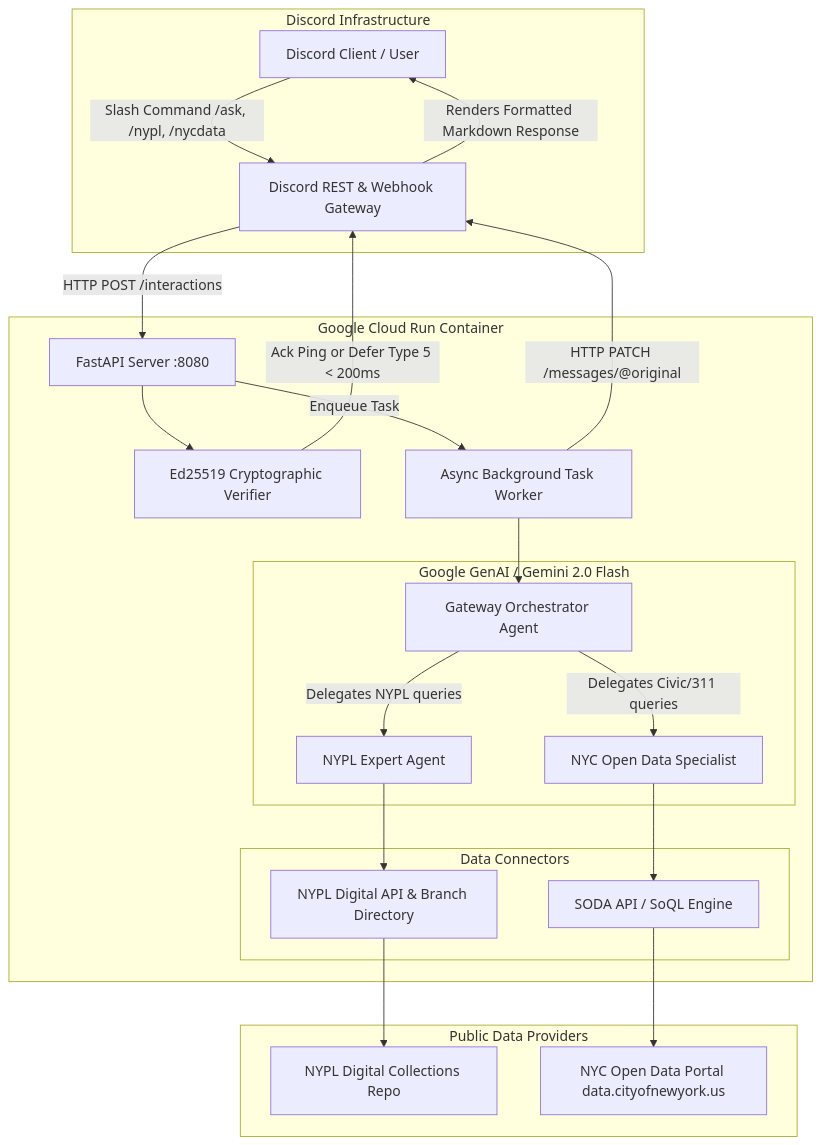
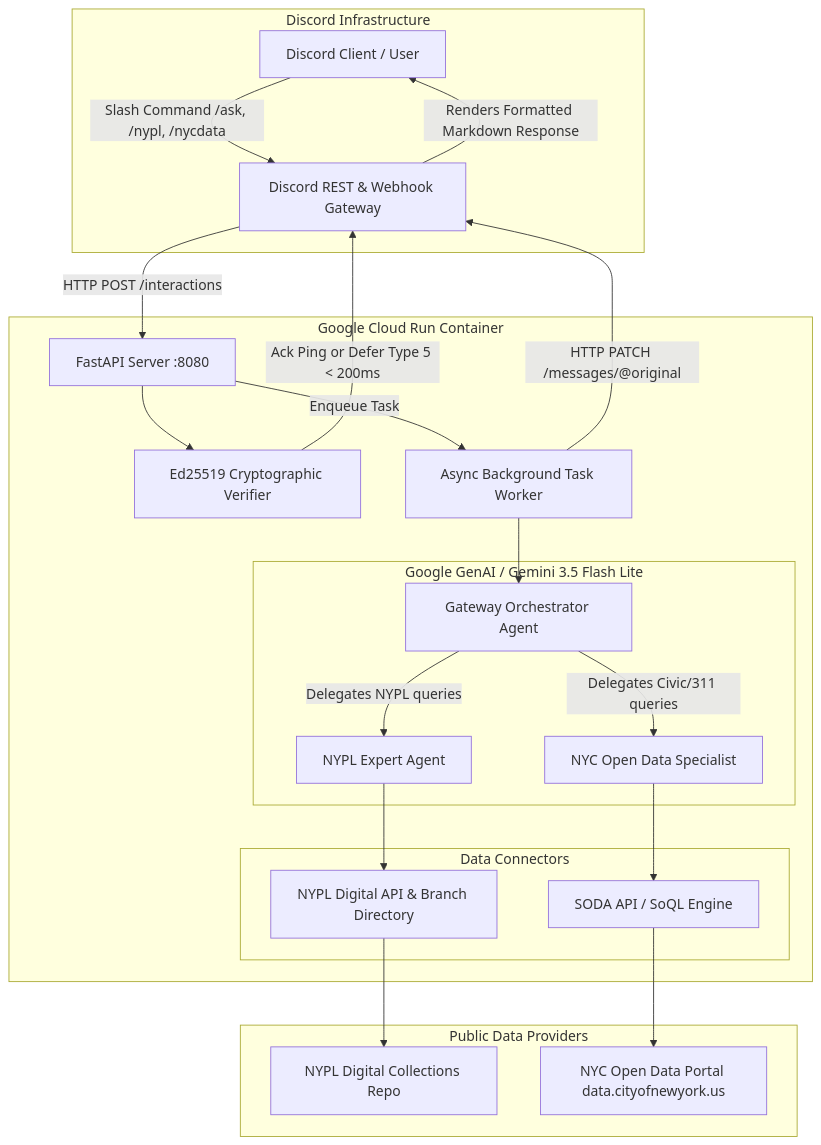
The diagram in docs/ARCHITECTURE_AND_AGENTS.md (elbeejay/nypl_discord_bot), drawn with Mermaid before and after one commit. The commit also changed other lines of this file and 12 other files, not shown here.

Commit message:
Integrate NYC dataset discovery into Socrata agent and standardize on Gemini 3.5 Flash Lite

````diff
--- a/docs/ARCHITECTURE_AND_AGENTS.md
+++ b/docs/ARCHITECTURE_AND_AGENTS.md
@@ -9,45 +9,45 @@
 ```mermaid
 graph TD
     subgraph Discord_Cloud [Discord Infrastructure]
         Client[Discord Client / User]
         API[Discord REST & Webhook Gateway]
     end
 
     subgraph GCP_Cloud_Run [Google Cloud Run Container]
         FastAPI[FastAPI Server :8080]
         Security[Ed25519 Cryptographic Verifier]
         BG[Async Background Task Worker]
         
-        subgraph GenAI_Agents [Google GenAI / Gemini 2.0 Flash]
+        subgraph GenAI_Agents [Google GenAI / Gemini 3.5 Flash Lite]
             Orchestrator[Gateway Orchestrator Agent]
             NYPL_Expert[NYPL Expert Agent]
             NYC_Expert[NYC Open Data Specialist]
         end
         
         subgraph Tool_Connectors [Data Connectors]
             NYPL_Tools[NYPL Digital API & Branch Directory]
             SODA_Tools[SODA API / SoQL Engine]
         end
     end
 
     subgraph External_APIs [Public Data Providers]
         NYPL_API[NYPL Digital Collections Repo]
         NYC_OpenData[NYC Open Data Portal data.cityofnewyork.us]
     end
 
     Client -->|Slash Command /ask, /nypl, /nycdata| API
     API -->|HTTP POST /interactions| FastAPI
     FastAPI --> Security
     Security -->|Ack Ping or Defer Type 5 < 200ms| API
     FastAPI -->|Enqueue Task| BG
     
     BG --> Orchestrator
     Orchestrator -->|Delegates NYPL queries| NYPL_Expert
     Orchestrator -->|Delegates Civic/311 queries| NYC_Expert
     
     NYPL_Expert --> NYPL_Tools --> NYPL_API
     NYC_Expert --> SODA_Tools --> NYC_OpenData
     
     BG -->|HTTP PATCH /messages/@original| API
     API -->|Renders Formatted Markdown Response| Client
 ```
````
